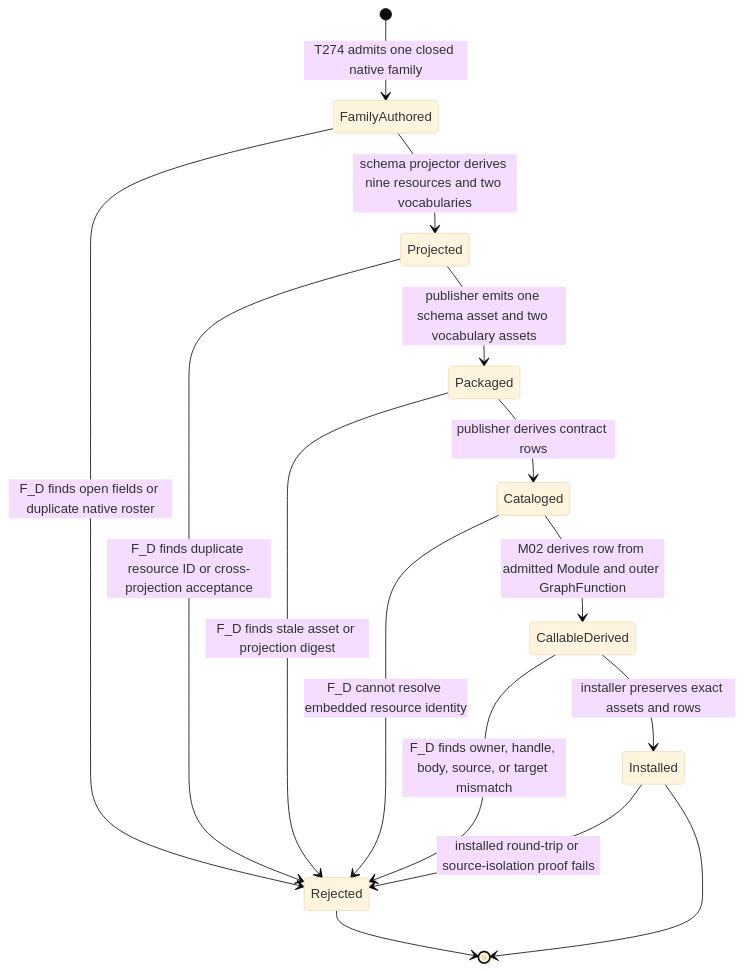
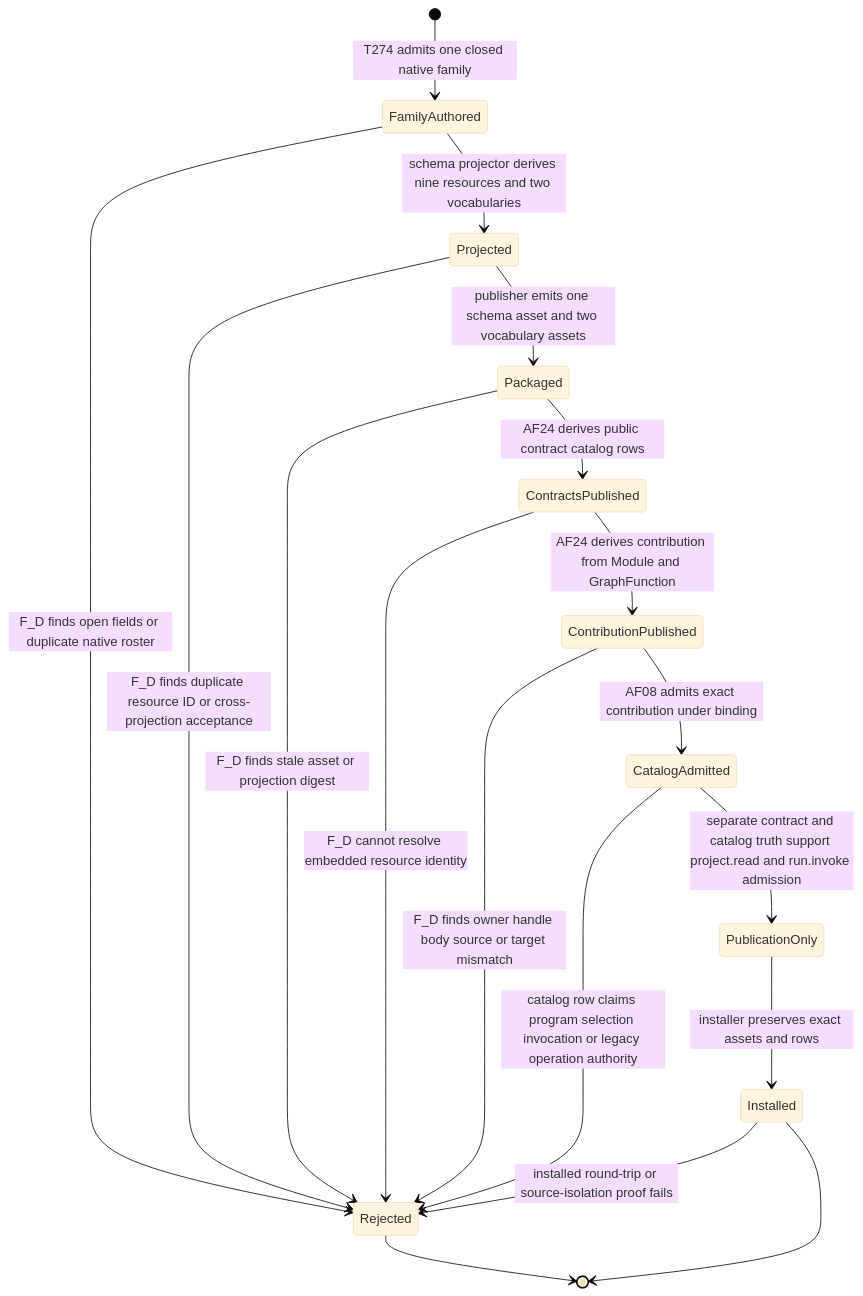
The third of 3 diagrams in build_tenants/abiogenesis/typescript/design/M02_M04_CONSENSUS_PUBLICATION_PRIME_CONTRACTION_BEHAVIOR_DESIGN.md (foolishimp/abiogenesis), drawn with Mermaid (base theme) before and after one commit. The commit also changed other lines of this file and 7 other files, not shown here.

Commit message:
design(a5): reconcile invocation and publication authority

````diff
--- a/build_tenants/abiogenesis/typescript/design/M02_M04_CONSENSUS_PUBLICATION_PRIME_CONTRACTION_BEHAVIOR_DESIGN.md
+++ b/build_tenants/abiogenesis/typescript/design/M02_M04_CONSENSUS_PUBLICATION_PRIME_CONTRACTION_BEHAVIOR_DESIGN.md
@@ -199,17 +293,20 @@
 ```mermaid
 stateDiagram-v2
   [*] --> FamilyAuthored: T274 admits one closed native family
   FamilyAuthored --> Rejected: F_D finds open fields or duplicate native roster
   FamilyAuthored --> Projected: schema projector derives nine resources and two vocabularies
   Projected --> Rejected: F_D finds duplicate resource ID or cross-projection acceptance
   Projected --> Packaged: publisher emits one schema asset and two vocabulary assets
   Packaged --> Rejected: F_D finds stale asset or projection digest
-  Packaged --> Cataloged: publisher derives contract rows
-  Cataloged --> Rejected: F_D cannot resolve embedded resource identity
-  Cataloged --> CallableDerived: M02 derives row from admitted Module and outer GraphFunction
-  CallableDerived --> Rejected: F_D finds owner, handle, body, source, or target mismatch
-  CallableDerived --> Installed: installer preserves exact assets and rows
+  Packaged --> ContractsPublished: AF24 derives public contract catalog rows
+  ContractsPublished --> Rejected: F_D cannot resolve embedded resource identity
+  ContractsPublished --> ContributionPublished: AF24 derives contribution from Module and GraphFunction
+  ContributionPublished --> Rejected: F_D finds owner handle body source or target mismatch
+  ContributionPublished --> CatalogAdmitted: AF08 admits exact contribution under binding
+  CatalogAdmitted --> Rejected: catalog row claims program selection invocation or legacy operation authority
+  CatalogAdmitted --> PublicationOnly: separate contract and catalog truth support project.read and run.invoke admission
+  PublicationOnly --> Installed: installer preserves exact assets and rows
   Installed --> Rejected: installed round-trip or source-isolation proof fails
   Installed --> [*]
   Rejected --> [*]
 ```
````
